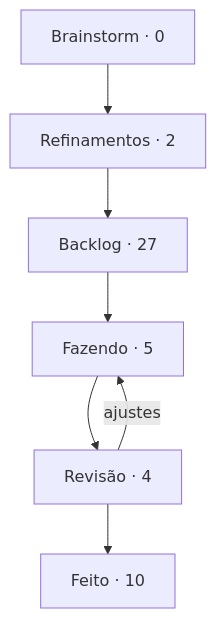
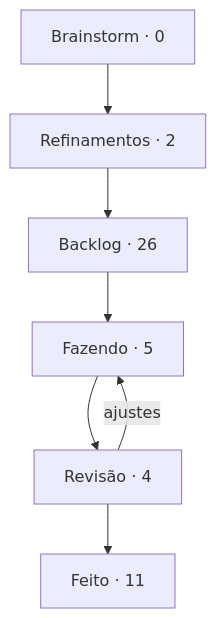
The diagram in boards/dungeon-bend/BOARD.md (StudioVibi/VibiKanban), drawn with Mermaid before and after one commit. The commit also changed other lines of this file and 2 other files, not shown here.

````diff
--- a/boards/dungeon-bend/BOARD.md
+++ b/boards/dungeon-bend/BOARD.md
@@ -5,12 +5,12 @@
 ```mermaid
 flowchart TD
   brainstorm["Brainstorm · 0"] --> refinamentos["Refinamentos · 2"]
-  refinamentos --> backlog["Backlog · 27"]
+  refinamentos --> backlog["Backlog · 26"]
   backlog --> doing["Fazendo · 5"]
   doing --> review["Revisão · 4"]
-  review --> done["Feito · 10"]
+  review --> done["Feito · 11"]
   review -->|ajustes| doing
   doing:::blue
   review:::yellow
   done:::green
 ```
````
